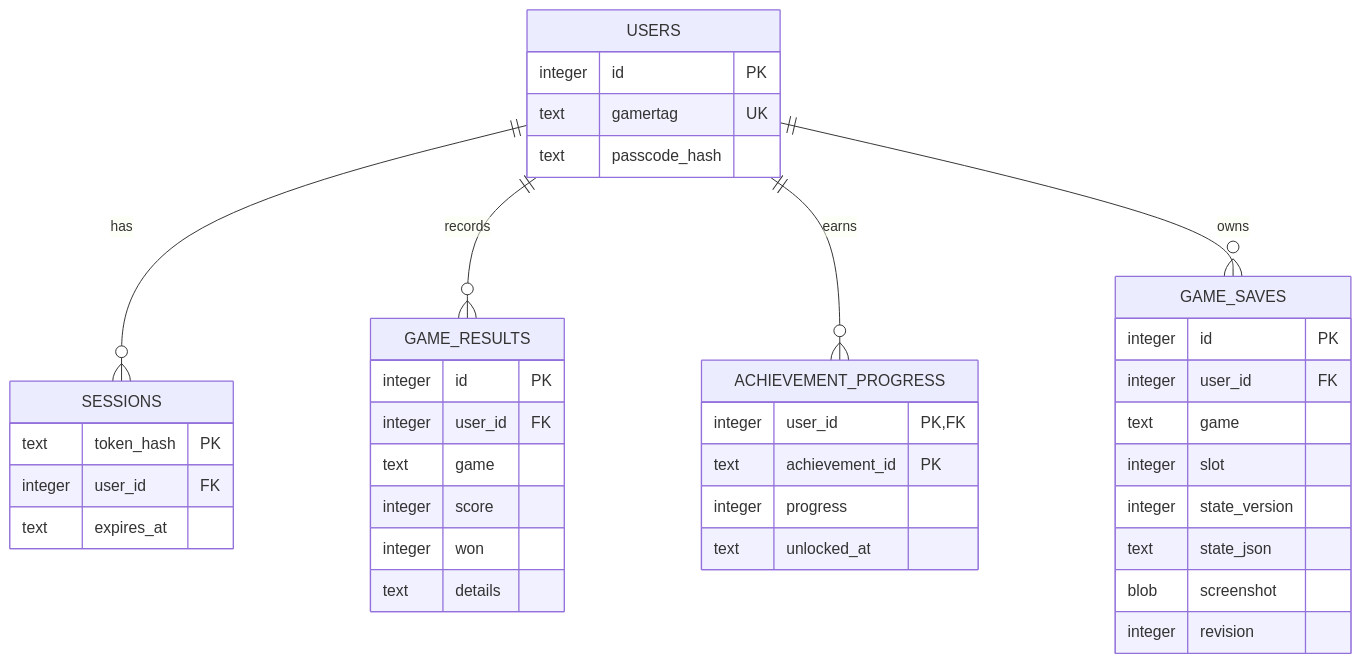
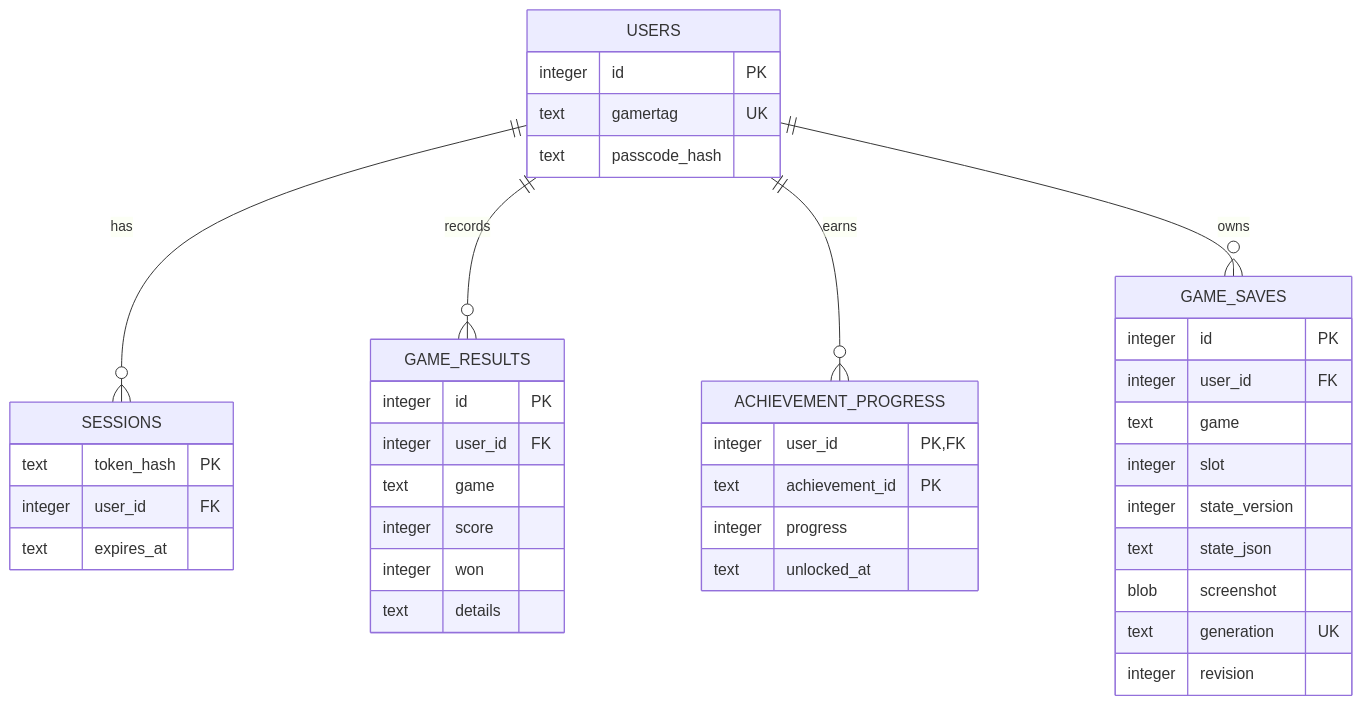
Before and after one commit to bashmohandes/Javascript: the fifth of 8 diagrams in docs/architecture.md, drawn with Mermaid. The commit also changed 11 other files, not shown here.

````diff
--- a/docs/architecture.md
+++ b/docs/architecture.md
@@ -186,36 +186,37 @@
 ```mermaid
 erDiagram
   USERS ||--o{ SESSIONS : has
   USERS ||--o{ GAME_RESULTS : records
   USERS ||--o{ ACHIEVEMENT_PROGRESS : earns
   USERS ||--o{ GAME_SAVES : owns
   USERS { integer id PK
     text gamertag UK
     text passcode_hash
   }
   SESSIONS { text token_hash PK
     integer user_id FK
     text expires_at
   }
   GAME_RESULTS { integer id PK
     integer user_id FK
     text game
     integer score
     integer won
     text details
   }
   ACHIEVEMENT_PROGRESS { integer user_id PK,FK
     text achievement_id PK
     integer progress
     text unlocked_at
   }
   GAME_SAVES { integer id PK
     integer user_id FK
     text game
     integer slot
     integer state_version
     text state_json
     blob screenshot
+    text generation UK
     integer revision
   }
 ```
````
